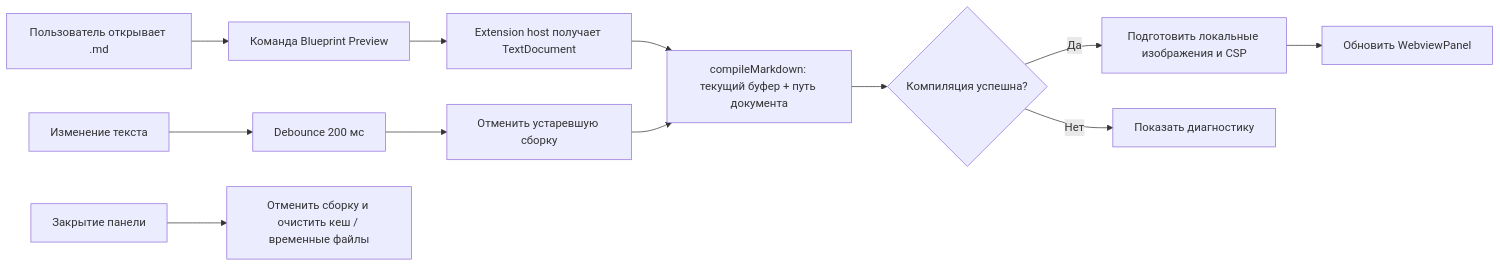
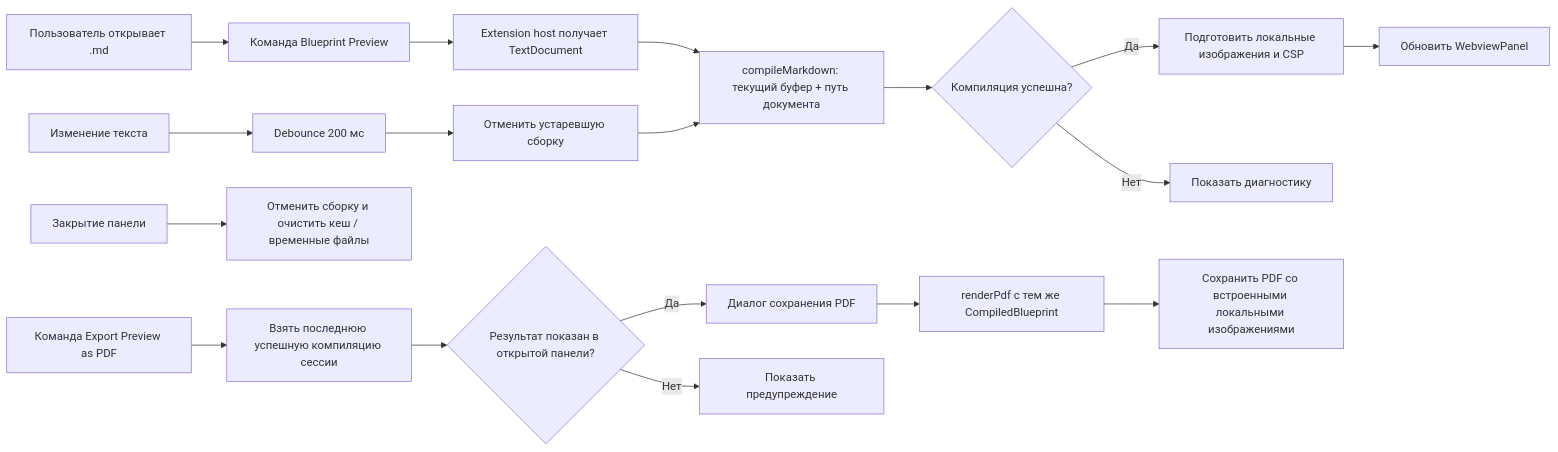
Before and after one commit to evgenyigumnov/blueprint4llm: the diagram in plan-vs-studio.md, drawn with Mermaid. The commit also changed other lines of this file and 10 other files, not shown here.

````diff
--- a/plan-vs-studio.md
+++ b/plan-vs-studio.md
@@ -92,14 +92,20 @@
 ```mermaid
 flowchart LR
     A[Пользователь открывает .md] --> B[Команда Blueprint Preview]
     B --> C[Extension host получает TextDocument]
     C --> D[compileMarkdown: текущий буфер + путь документа]
     D --> E{Компиляция успешна?}
     E -- Да --> F[Подготовить локальные изображения и CSP]
     F --> G[Обновить WebviewPanel]
     E -- Нет --> H[Показать диагностику]
     I[Изменение текста] --> J[Debounce 200 мс]
     J --> K[Отменить устаревшую сборку]
     K --> D
     L[Закрытие панели] --> M[Отменить сборку и очистить кеш / временные файлы]
+    N[Команда Export Preview as PDF] --> O[Взять последнюю успешную компиляцию сессии]
+    O --> P{Результат показан в открытой панели?}
+    P -- Да --> Q[Диалог сохранения PDF]
+    Q --> R[renderPdf с тем же CompiledBlueprint]
+    R --> S[Сохранить PDF со встроенными локальными изображениями]
+    P -- Нет --> T[Показать предупреждение]
 ```
````
